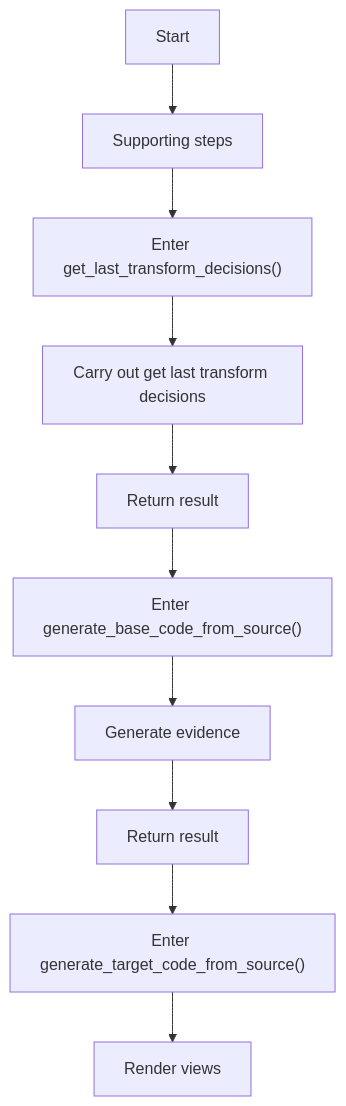
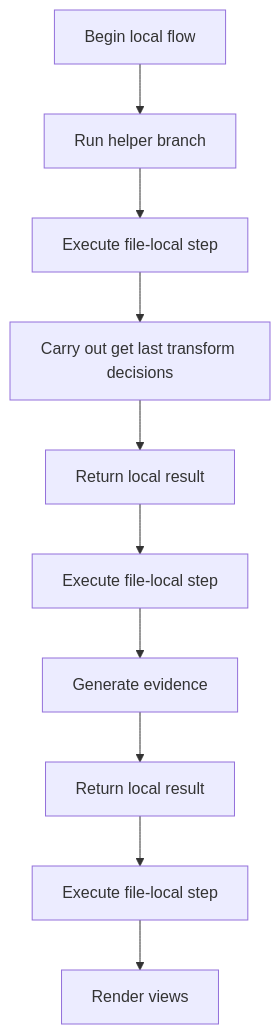
The first of 5 diagrams in docs/Codebase/Microservice/Modules/Source/Trees/Shared/code_generator.cpp.md (JohnAndrewBalbarosa/NeoTerritory), drawn with Mermaid before and after one commit. The commit also changed other lines of this file and 915 other files, not shown here.

````diff
--- a/docs/Codebase/Microservice/Modules/Source/Trees/Shared/code_generator.cpp.md
+++ b/docs/Codebase/Microservice/Modules/Source/Trees/Shared/code_generator.cpp.md
@@ -30,22 +29,22 @@
 ```mermaid
 flowchart TD
-    N0["Start"]
-    N1["Supporting steps"]
-    N2["Enter get_last_transform_decisions()"]
+    N0["Begin local flow"]
+    N1["Run helper branch"]
+    N2["Execute file-local step"]
     N3["Carry out get last transform decisions"]
-    N4["Return result"]
-    N5["Enter generate_base_code_from_source()"]
+    N4["Return local result"]
+    N5["Execute file-local step"]
     N6["Generate evidence"]
-    N7["Return result"]
-    N8["Enter generate_target_code_from_source()"]
+    N7["Return local result"]
+    N8["Execute file-local step"]
     N9["Render views"]
     N0 --> N1
     N1 --> N2
     N2 --> N3
     N3 --> N4
     N4 --> N5
     N5 --> N6
     N6 --> N7
     N7 --> N8
     N8 --> N9
 ```
````
